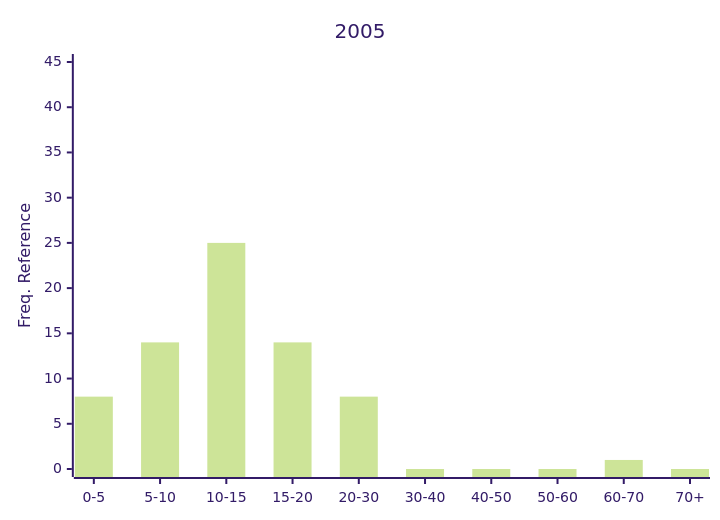
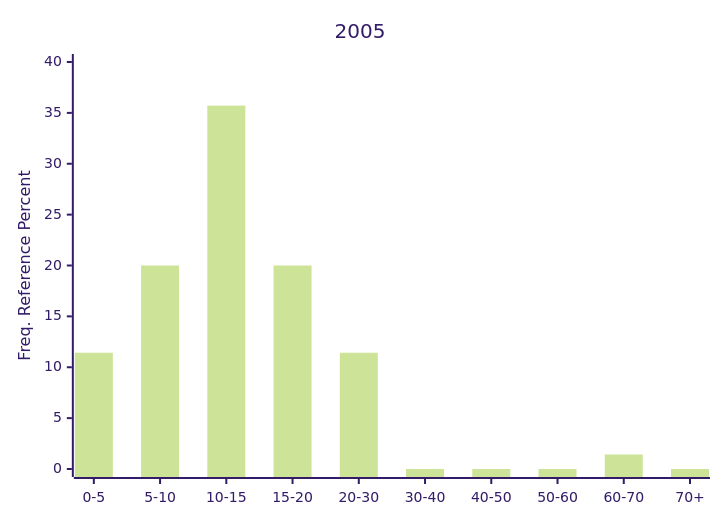
The eighth of 28 diagrams in README.md (Nemus-Project/fair-nime-2026), drawn with Mermaid (forest theme) before and after one commit. The commit also changed other lines of this file, not shown here.

````diff
--- a/README.md
+++ b/README.md
@@ -514,7 +515,7 @@
 ```mermaid
 xychart-beta
     title "2005"
     x-axis ["0-5", "5-10", "10-15", "15-20", "20-30", "30-40", "40-50", "50-60", "60-70", "70+"]
-    y-axis "Freq. Reference" 0 --> 45
-    bar [8, 14, 25, 14, 8, 0, 0, 0, 1, 0]
+    y-axis "Freq. Reference Percent" 0 --> 40
+    bar [11.428571428571429, 20.0, 35.714285714285715, 20.0, 11.428571428571429, 0.0, 0.0, 0.0, 1.4285714285714286, 0.0]
 ```    
````
